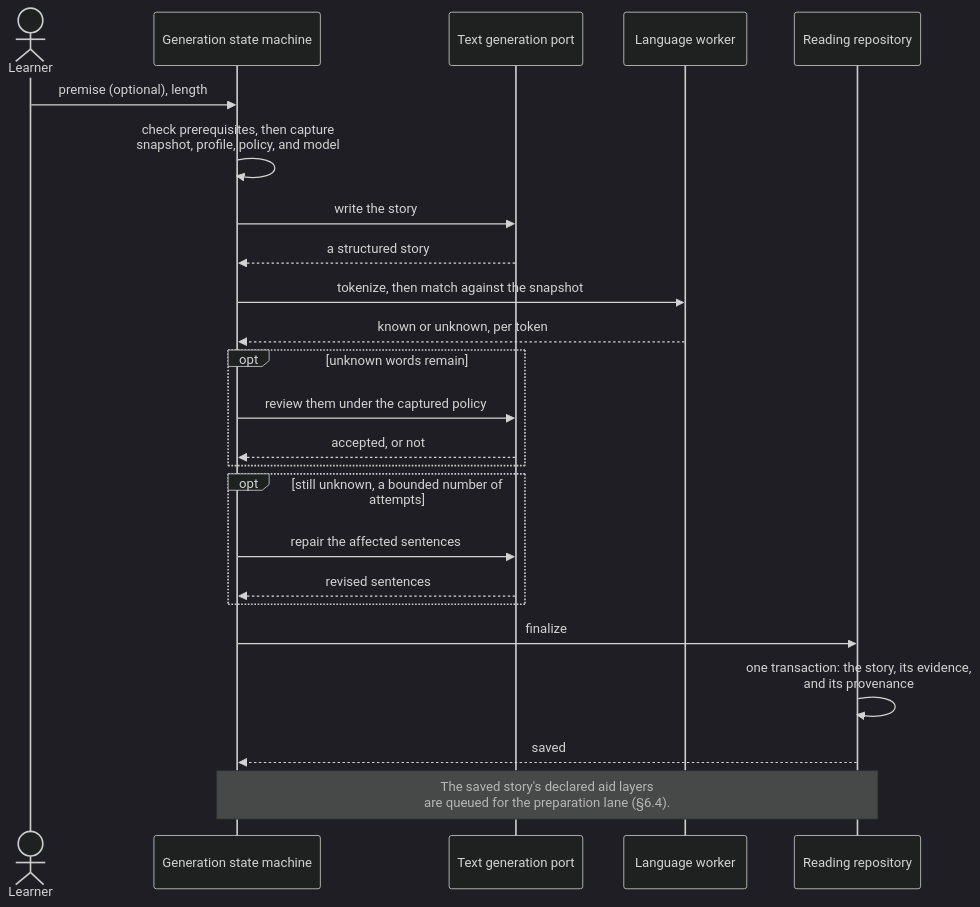
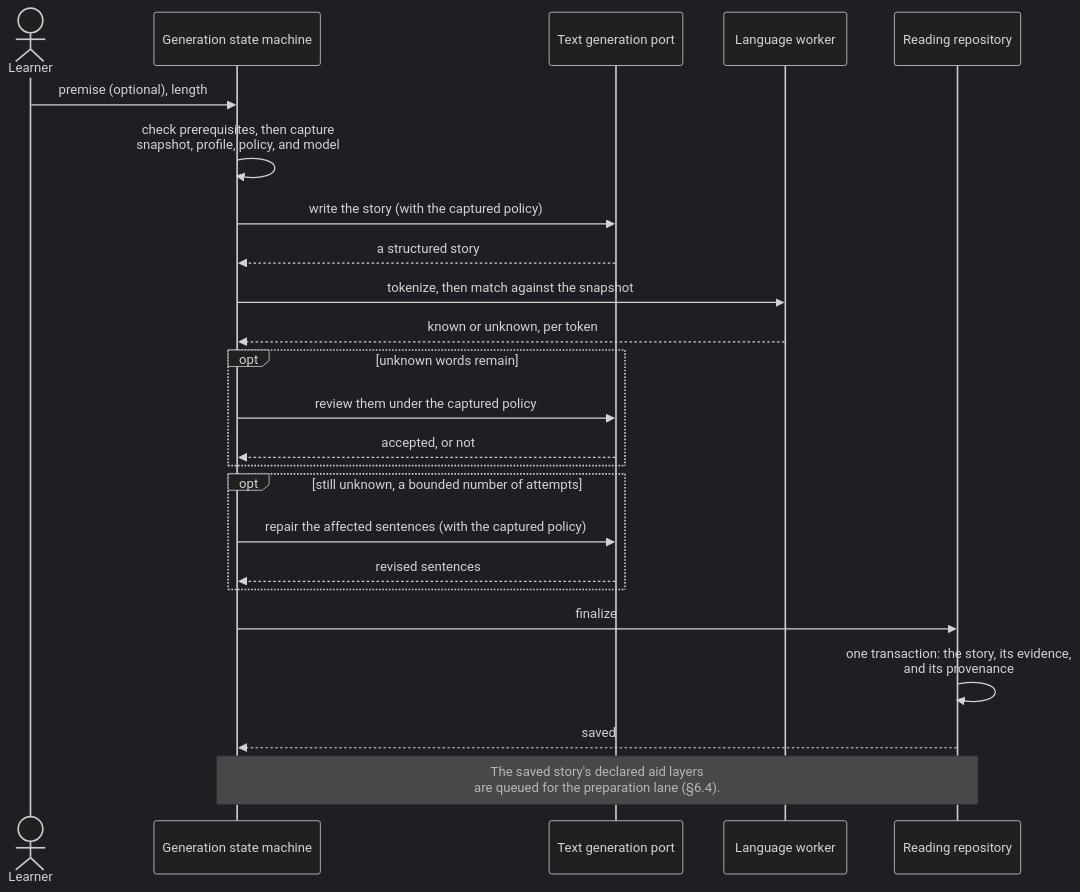
Before and after one commit to tobiaslrn/monosai: the third of 7 diagrams in docs/arc42/06-runtime-view.md, drawn with Mermaid (dark theme). The commit also changed 17 other files, not shown here.

First line of the commit message:
fix(generation): let the story writer draw on the exception policy

````diff
--- a/docs/arc42/06-runtime-view.md
+++ b/docs/arc42/06-runtime-view.md
@@ -87,27 +87,27 @@
 ```mermaid
 sequenceDiagram
     actor Learner
     participant Store as Generation state machine
     participant Provider as Text generation port
     participant Worker as Language worker
     participant Repo as Reading repository
 
     Learner->>Store: premise (optional), length
     Store->>Store: check prerequisites, then capture<br/>snapshot, profile, policy, and model
-    Store->>Provider: write the story
+    Store->>Provider: write the story (with the captured policy)
     Provider-->>Store: a structured story
     Store->>Worker: tokenize, then match against the snapshot
     Worker-->>Store: known or unknown, per token
     opt unknown words remain
         Store->>Provider: review them under the captured policy
         Provider-->>Store: accepted, or not
     end
     opt still unknown, a bounded number of attempts
-        Store->>Provider: repair the affected sentences
+        Store->>Provider: repair the affected sentences (with the captured policy)
         Provider-->>Store: revised sentences
     end
     Store->>Repo: finalize
     Repo->>Repo: one transaction: the story, its evidence,<br/>and its provenance
     Repo-->>Store: saved
     Note over Store,Repo: The saved story's declared aid layers<br/>are queued for the preparation lane (§6.4).
 ```
````
